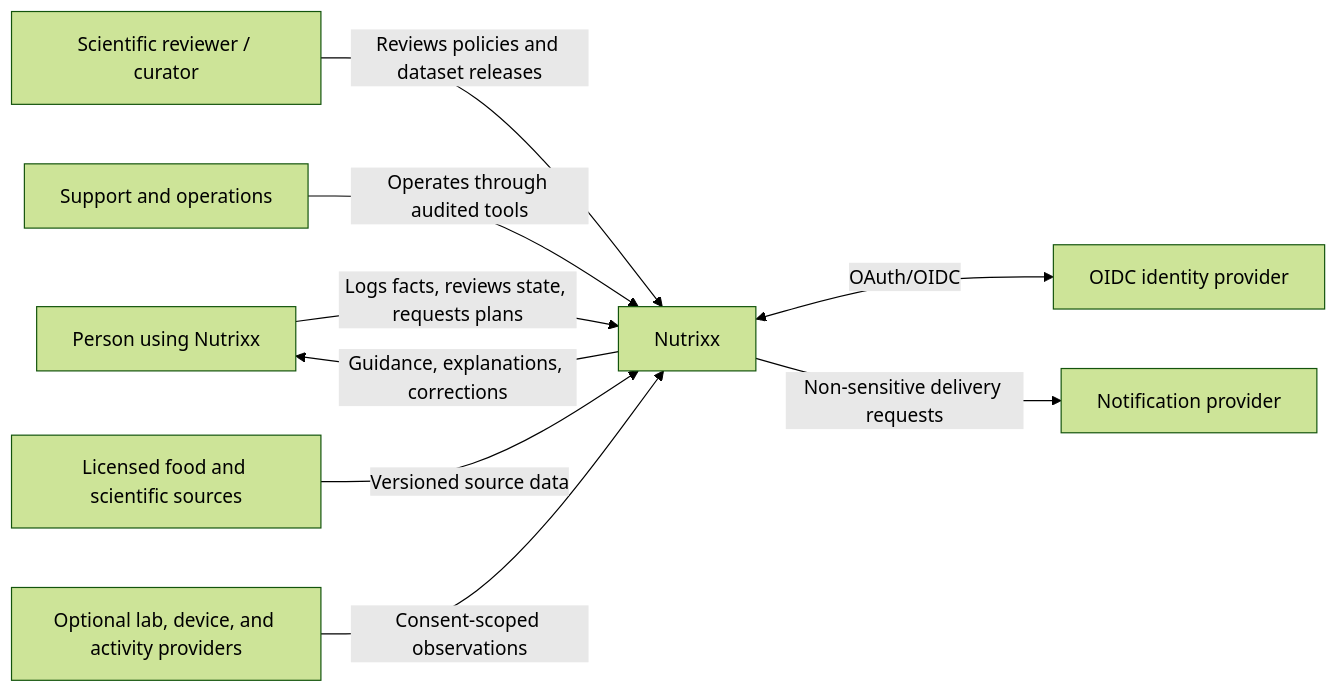
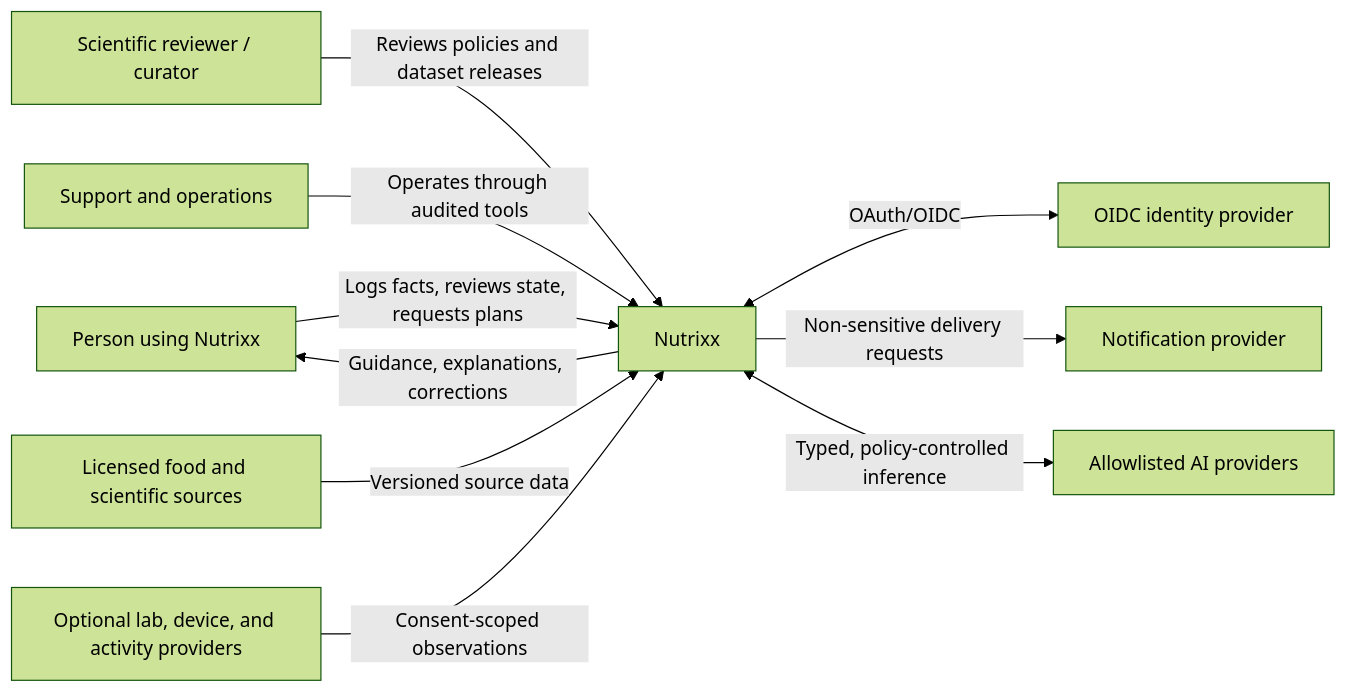
Before and after one commit to shari-ar/Nutrixx: the first of 3 diagrams in docs/architecture/target-architecture.md, drawn with Mermaid (forest theme). The commit also changed other lines of this file and 44 other files, not shown here.

Commit message:
docs: define local-first product architecture

````diff
--- a/docs/architecture/target-architecture.md
+++ b/docs/architecture/target-architecture.md
@@ -23,20 +26,22 @@
 ```mermaid
 flowchart LR
     U[Person using Nutrixx]
     R[Scientific reviewer / curator]
     S[Support and operations]
     N[Nutrixx]
     IDP[OIDC identity provider]
     FD[Licensed food and scientific sources]
     EXT[Optional lab, device, and activity providers]
     MSG[Notification provider]
+    AIP[Allowlisted AI providers]
 
     U -->|Logs facts, reviews state, requests plans| N
     N -->|Guidance, explanations, corrections| U
     R -->|Reviews policies and dataset releases| N
     S -->|Operates through audited tools| N
     N <-->|OAuth/OIDC| IDP
     FD -->|Versioned source data| N
     EXT -->|Consent-scoped observations| N
     N -->|Non-sensitive delivery requests| MSG
+    N <-->|Typed, policy-controlled inference| AIP
 ```
````
